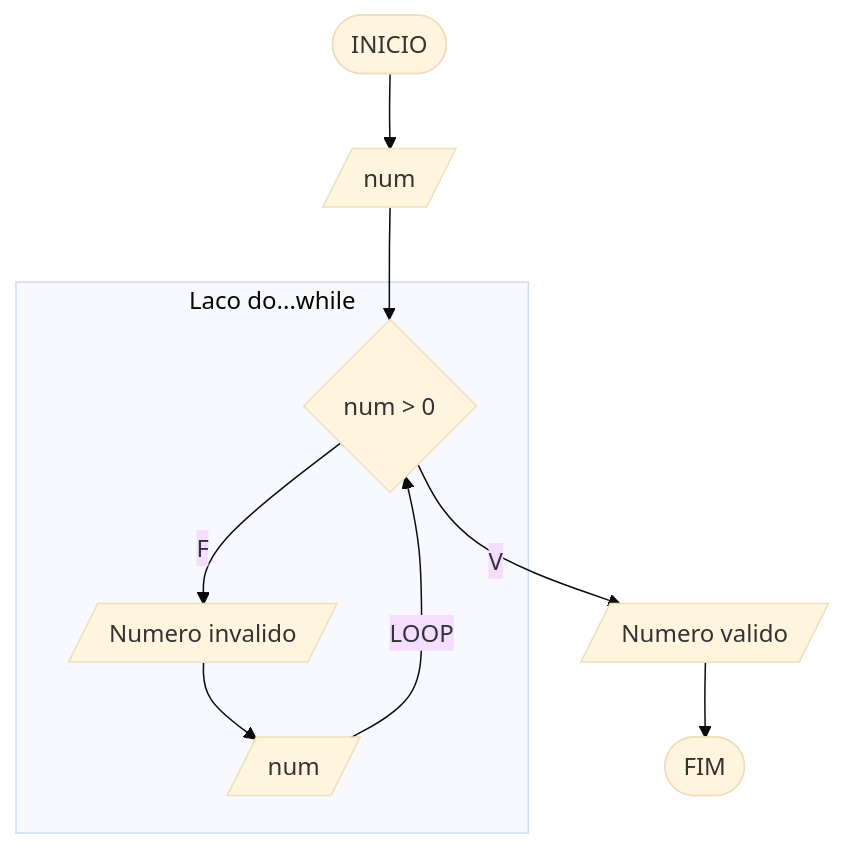
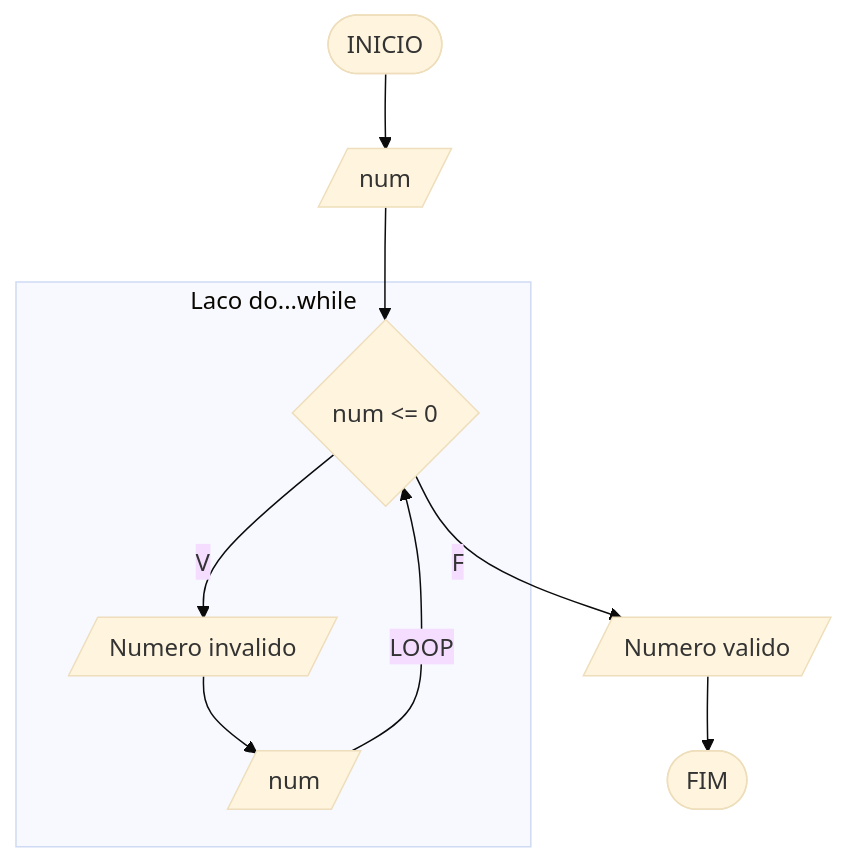
Before and after one commit to carubbi/T160_T198: the sixth of 12 diagrams in aula7/aula7.md, drawn with Mermaid (base theme). The commit also changed other lines of this file and 5 other files, not shown here.

````diff
--- a/aula7/aula7.md
+++ b/aula7/aula7.md
@@ -312,13 +331,13 @@
 ```mermaid
 flowchart TD
 A([INICIO]) --> B[/num/]
 B --> C
 subgraph SEQ [Laco do...while]
-C{num > 0}
-C -- F --> D[/Numero invalido/]
+C{num <= 0}
+C -- V --> D[/Numero invalido/]
 D --> E[/num/]
 E -- LOOP --> C
 end
-C -- V --> F[/Numero valido/]
+C -- F --> F[/Numero valido/]
 F --> G([FIM])
 ```
````
